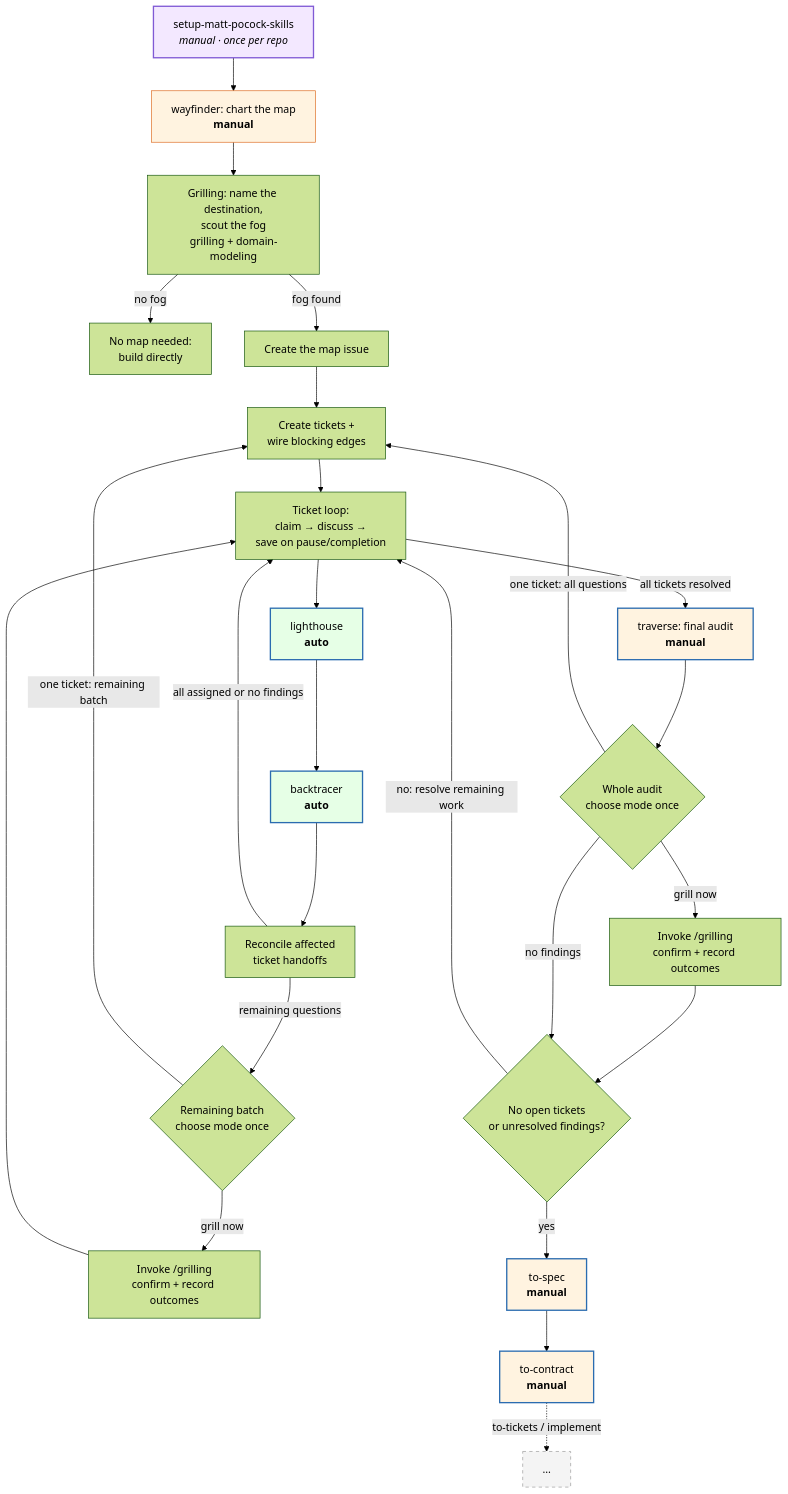
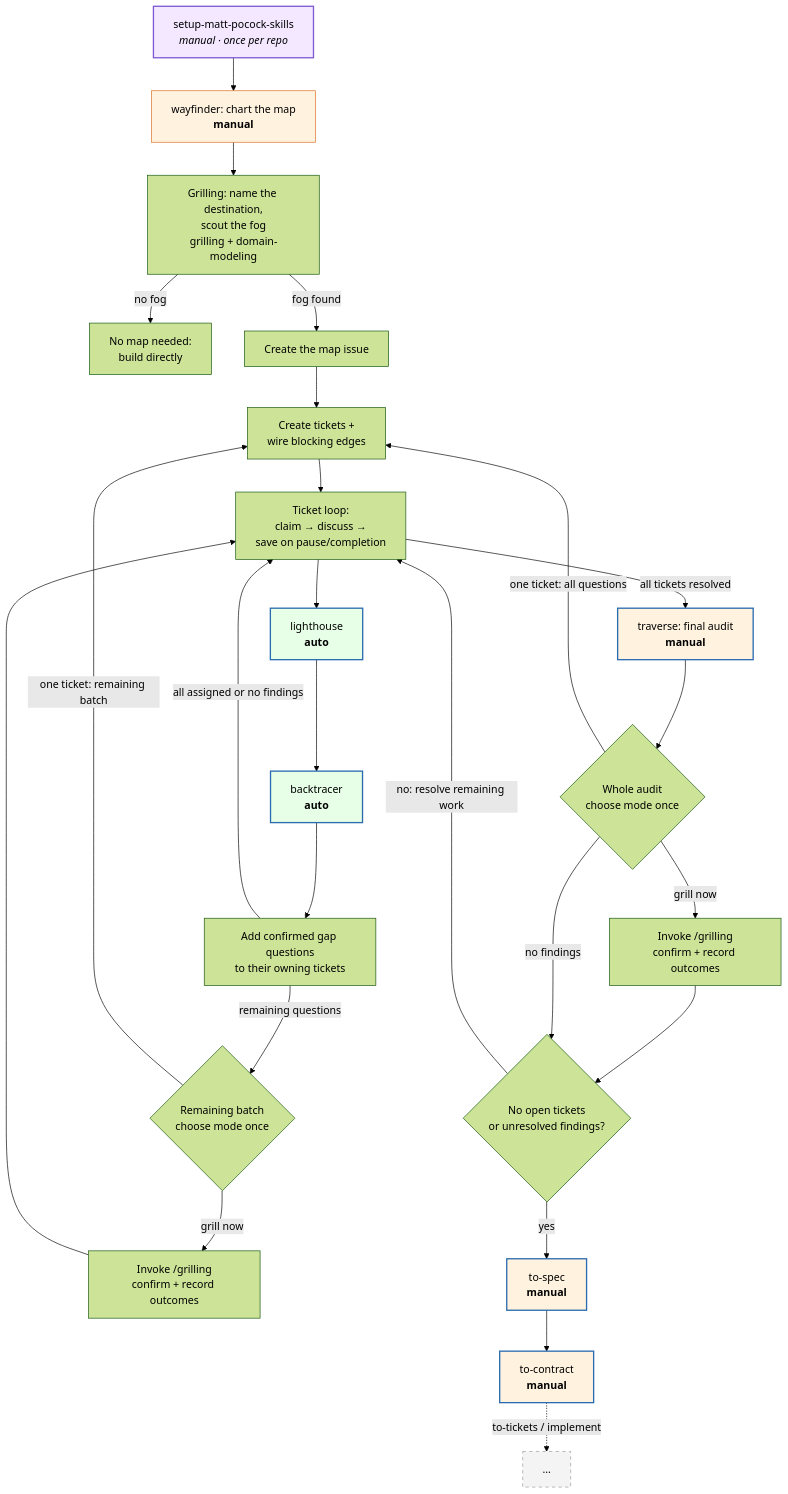
Before and after one commit to hugosol/oh-my-wayfinder: the first of 2 diagrams in README.md, drawn with Mermaid (forest theme). The commit also changed other lines of this file and 6 other files, not shown here.

````diff
--- a/README.md
+++ b/README.md
@@ -65,36 +65,36 @@
 ```mermaid
 flowchart TD
     S["setup-matt-pocock-skills<br/><i>manual · once per repo</i>"] --> W["wayfinder: chart the map<br/><b>manual</b>"]
     W --> G["Grilling: name the destination,<br/>scout the fog<br/>grilling + domain-modeling"]
     G -->|"no fog"| N["No map needed:<br/>build directly"]
     G -->|"fog found"| M["Create the map issue"]
     M --> T["Create tickets +<br/>wire blocking edges"]
     T --> L["Ticket loop:<br/>claim → discuss →<br/>save on pause/completion"]
     L --> LH["lighthouse<br/><b>auto</b>"]
     LH --> BT["backtracer<br/><b>auto</b>"]
-    BT --> OWN["Reconcile affected<br/>ticket handoffs"]
+    BT --> OWN["Add confirmed gap questions<br/>to their owning tickets"]
     OWN -->|"remaining questions"| CG{"Remaining batch<br/>choose mode once"}
     OWN -->|"all assigned or no findings"| L
     CG -->|"one ticket: remaining batch"| T
     CG -->|"grill now"| BG["Invoke /grilling<br/>confirm + record outcomes"]
     BG --> L
     L -->|"all tickets resolved"| TR["traverse: final audit<br/><b>manual</b>"]
     TR --> CG2{"Whole audit<br/>choose mode once"}
     CG2 -->|"one ticket: all questions"| T
     CG2 -->|"grill now"| TG["Invoke /grilling<br/>confirm + record outcomes"]
     TG --> R{"No open tickets<br/>or unresolved findings?"}
     R -->|"yes"| TS["to-spec<br/><b>manual</b>"]
     R -->|"no: resolve remaining work"| L
     CG2 -->|"no findings"| R
     TS --> TC["to-contract<br/><b>manual</b>"]
     TC -.->|"to-tickets / implement"| X["…"]
 
     style LH fill:#e6ffe6,stroke:#2b6cb0,stroke-width:2px
     style BT fill:#e6ffe6,stroke:#2b6cb0,stroke-width:2px
     style TR fill:#fff3e0,stroke:#2b6cb0,stroke-width:2px
     style W fill:#fff3e0,stroke:#dd6b20
     style S fill:#f3e8ff,stroke:#805ad5,stroke-width:2px
     style TS fill:#fff3e0,stroke:#2b6cb0,stroke-width:2px
     style TC fill:#fff3e0,stroke:#2b6cb0,stroke-width:2px
     style X fill:#f4f4f4,stroke:#999,stroke-dasharray:5 5
 ```
````
